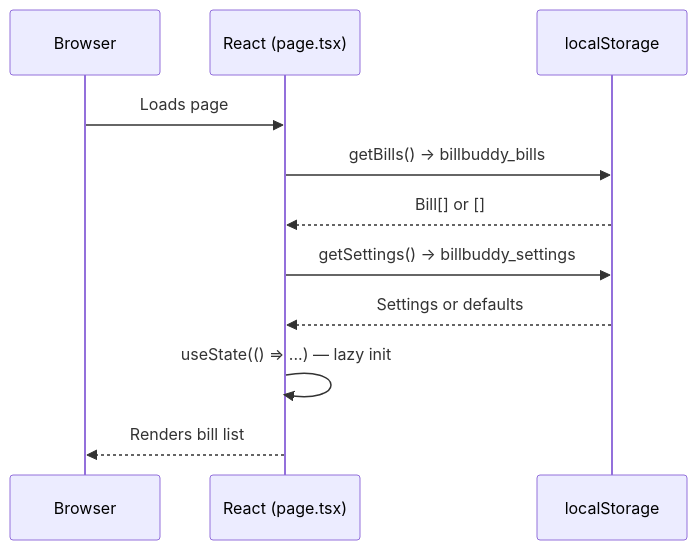
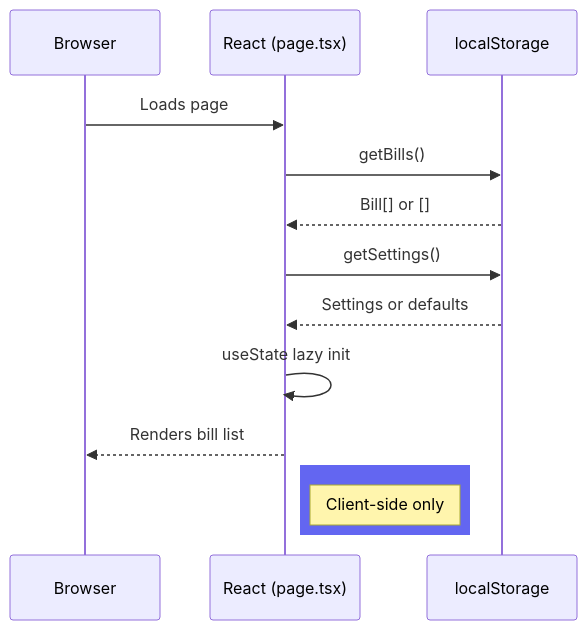
The fifth of 11 diagrams in ARCHITECTURE.md (sanjanb/bill-buddy), drawn with Mermaid before and after one commit. The commit also changed other lines of this file, not shown here.

Commit message:
docs: update ARCHITECTURE.md with styled Mermaid diagrams and refined descriptions

````diff
--- a/ARCHITECTURE.md
+++ b/ARCHITECTURE.md
@@ -190,14 +221,18 @@
 ```mermaid
 sequenceDiagram
     participant B as Browser
     participant R as React (page.tsx)
     participant LS as localStorage
 
     B->>R: Loads page
-    R->>LS: getBills() → billbuddy_bills
+    R->>LS: getBills()
     LS-->>R: Bill[] or []
-    R->>LS: getSettings() → billbuddy_settings
+    R->>LS: getSettings()
     LS-->>R: Settings or defaults
-    R->>R: useState(() => ...) — lazy init
+    R->>R: useState lazy init
     R-->>B: Renders bill list
+
+    rect rgb(99, 102, 241)
+    Note right of R: Client-side only
+    end
 ```
````
